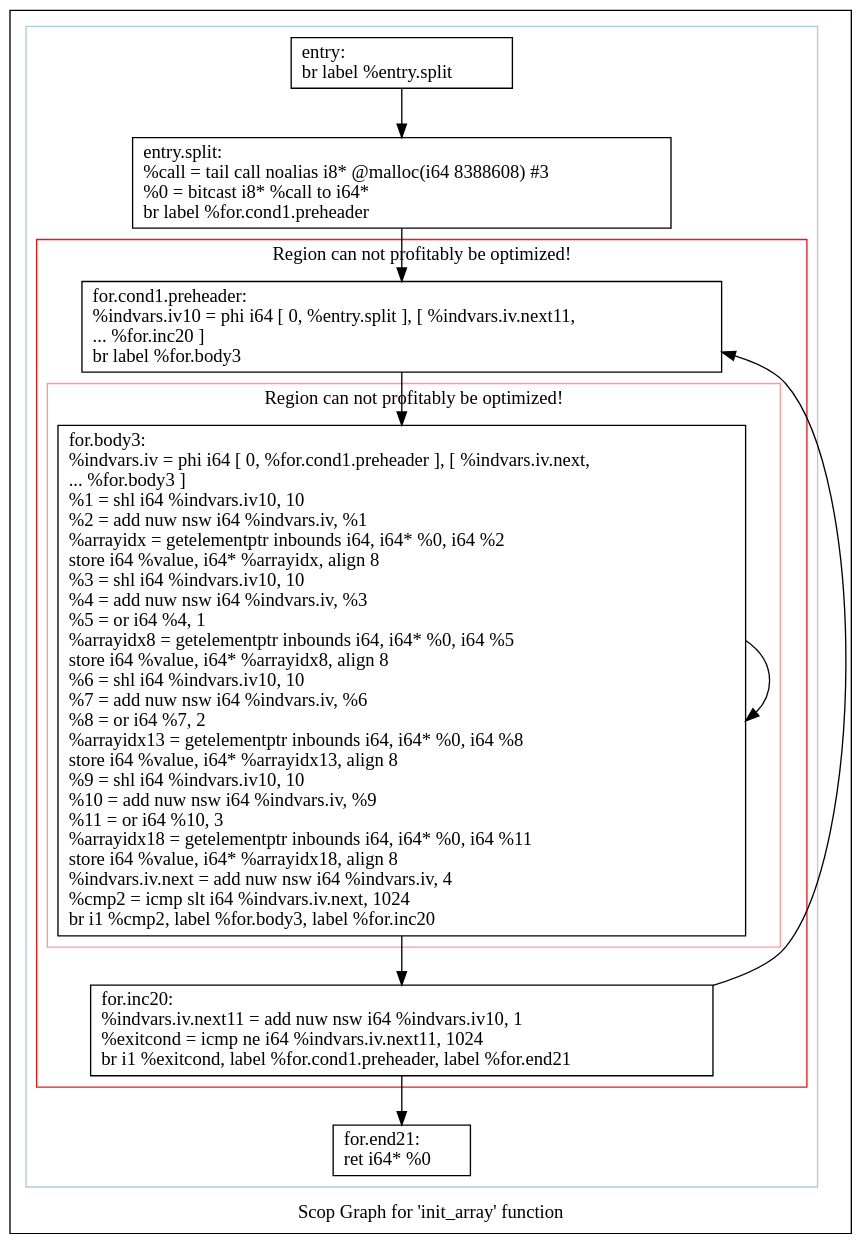
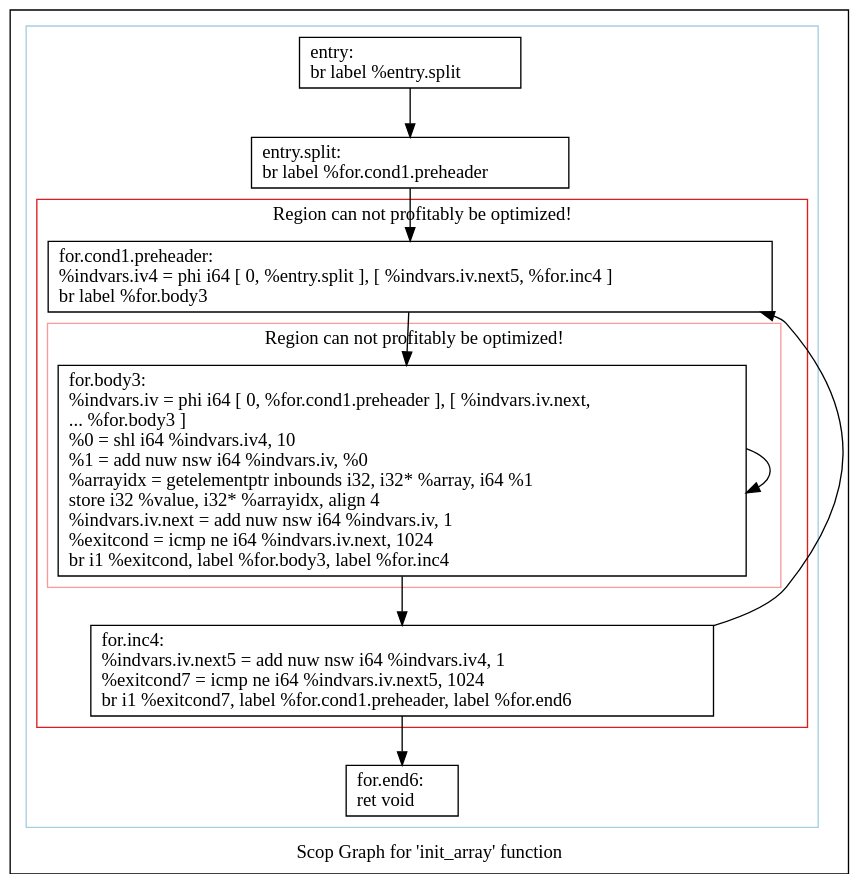
Before and after one commit to samminweng/WhileyOpenCL: the diagram in polly/MatrixMult/impl/handwritten2/dot/scops.init_array.dot, drawn with Graphviz. The commit also changed 24 other files, not shown here.

```diff
--- a/polly/MatrixMult/impl/handwritten2/dot/scops.init_array.dot
+++ b/polly/MatrixMult/impl/handwritten2/dot/scops.init_array.dot
@@ -1,39 +1,39 @@
 digraph "Scop Graph for 'init_array' function" {
 	label="Scop Graph for 'init_array' function";
 
-	Node0x4d68680 [shape=record,label="{entry:\l  br label %entry.split\l}"];
-	Node0x4d68680 -> Node0x4d686a0;
-	Node0x4d686a0 [shape=record,label="{entry.split:                                      \l  %call = tail call noalias i8* @malloc(i64 8388608) #3\l  %0 = bitcast i8* %call to i64*\l  br label %for.cond1.preheader\l}"];
-	Node0x4d686a0 -> Node0x4d68350;
-	Node0x4d68350 [shape=record,label="{for.cond1.preheader:                              \l  %indvars.iv10 = phi i64 [ 0, %entry.split ], [ %indvars.iv.next11,\l... %for.inc20 ]\l  br label %for.body3\l}"];
-	Node0x4d68350 -> Node0x4d68370;
-	Node0x4d68370 [shape=record,label="{for.body3:                                        \l  %indvars.iv = phi i64 [ 0, %for.cond1.preheader ], [ %indvars.iv.next,\l... %for.body3 ]\l  %1 = shl i64 %indvars.iv10, 10\l  %2 = add nuw nsw i64 %indvars.iv, %1\l  %arrayidx = getelementptr inbounds i64, i64* %0, i64 %2\l  store i64 %value, i64* %arrayidx, align 8\l  %3 = shl i64 %indvars.iv10, 10\l  %4 = add nuw nsw i64 %indvars.iv, %3\l  %5 = or i64 %4, 1\l  %arrayidx8 = getelementptr inbounds i64, i64* %0, i64 %5\l  store i64 %value, i64* %arrayidx8, align 8\l  %6 = shl i64 %indvars.iv10, 10\l  %7 = add nuw nsw i64 %indvars.iv, %6\l  %8 = or i64 %7, 2\l  %arrayidx13 = getelementptr inbounds i64, i64* %0, i64 %8\l  store i64 %value, i64* %arrayidx13, align 8\l  %9 = shl i64 %indvars.iv10, 10\l  %10 = add nuw nsw i64 %indvars.iv, %9\l  %11 = or i64 %10, 3\l  %arrayidx18 = getelementptr inbounds i64, i64* %0, i64 %11\l  store i64 %value, i64* %arrayidx18, align 8\l  %indvars.iv.next = add nuw nsw i64 %indvars.iv, 4\l  %cmp2 = icmp slt i64 %indvars.iv.next, 1024\l  br i1 %cmp2, label %for.body3, label %for.inc20\l}"];
-	Node0x4d68370 -> Node0x4d68370[constraint=false];
-	Node0x4d68370 -> Node0x4d68e50;
-	Node0x4d68e50 [shape=record,label="{for.inc20:                                        \l  %indvars.iv.next11 = add nuw nsw i64 %indvars.iv10, 1\l  %exitcond = icmp ne i64 %indvars.iv.next11, 1024\l  br i1 %exitcond, label %for.cond1.preheader, label %for.end21\l}"];
-	Node0x4d68e50 -> Node0x4d68350[constraint=false];
-	Node0x4d68e50 -> Node0x4d68e70;
-	Node0x4d68e70 [shape=record,label="{for.end21:                                        \l  ret i64* %0\l}"];
+	Node0x69513c0 [shape=record,label="{entry:\l  br label %entry.split\l}"];
+	Node0x69513c0 -> Node0x6951110;
+	Node0x6951110 [shape=record,label="{entry.split:                                      \l  br label %for.cond1.preheader\l}"];
+	Node0x6951110 -> Node0x6951130;
+	Node0x6951130 [shape=record,label="{for.cond1.preheader:                              \l  %indvars.iv4 = phi i64 [ 0, %entry.split ], [ %indvars.iv.next5, %for.inc4 ]\l  br label %for.body3\l}"];
+	Node0x6951130 -> Node0x6950b40;
+	Node0x6950b40 [shape=record,label="{for.body3:                                        \l  %indvars.iv = phi i64 [ 0, %for.cond1.preheader ], [ %indvars.iv.next,\l... %for.body3 ]\l  %0 = shl i64 %indvars.iv4, 10\l  %1 = add nuw nsw i64 %indvars.iv, %0\l  %arrayidx = getelementptr inbounds i32, i32* %array, i64 %1\l  store i32 %value, i32* %arrayidx, align 4\l  %indvars.iv.next = add nuw nsw i64 %indvars.iv, 1\l  %exitcond = icmp ne i64 %indvars.iv.next, 1024\l  br i1 %exitcond, label %for.body3, label %for.inc4\l}"];
+	Node0x6950b40 -> Node0x6950b40[constraint=false];
+	Node0x6950b40 -> Node0x69510e0;
+	Node0x69510e0 [shape=record,label="{for.inc4:                                         \l  %indvars.iv.next5 = add nuw nsw i64 %indvars.iv4, 1\l  %exitcond7 = icmp ne i64 %indvars.iv.next5, 1024\l  br i1 %exitcond7, label %for.cond1.preheader, label %for.end6\l}"];
+	Node0x69510e0 -> Node0x6951130[constraint=false];
+	Node0x69510e0 -> Node0x6950bf0;
+	Node0x6950bf0 [shape=record,label="{for.end6:                                         \l  ret void\l}"];
 	colorscheme = "paired12"
-        subgraph cluster_0x4d5b530 {
+        subgraph cluster_0x69442f0 {
           label = "";
           style = solid;
           color = 1
-          subgraph cluster_0x4d5b6b0 {
+          subgraph cluster_0x6944470 {
             label = "Region can not profitably be optimized!";
             style = solid;
             color = 6
-            subgraph cluster_0x4d5b830 {
+            subgraph cluster_0x69445f0 {
               label = "Region can not profitably be optimized!";
               style = solid;
               color = 5
-              Node0x4d68370;
+              Node0x6950b40;
             }
-            Node0x4d68350;
-            Node0x4d68e50;
+            Node0x6951130;
+            Node0x69510e0;
           }
-          Node0x4d68680;
-          Node0x4d686a0;
-          Node0x4d68e70;
+          Node0x69513c0;
+          Node0x6951110;
+          Node0x6950bf0;
         }
 }
```
